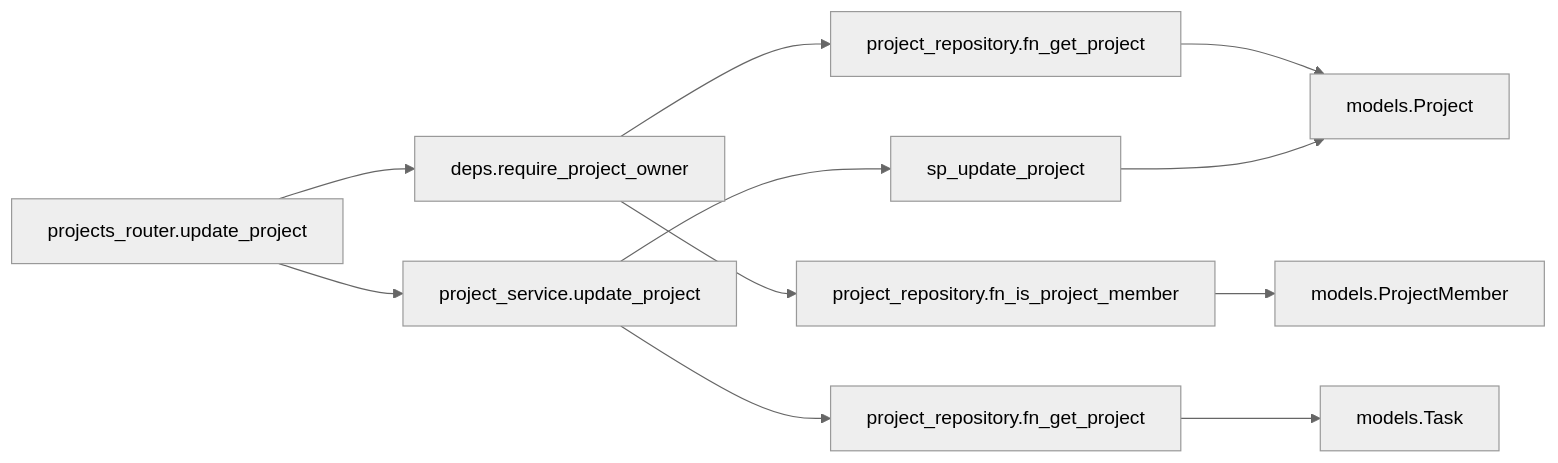
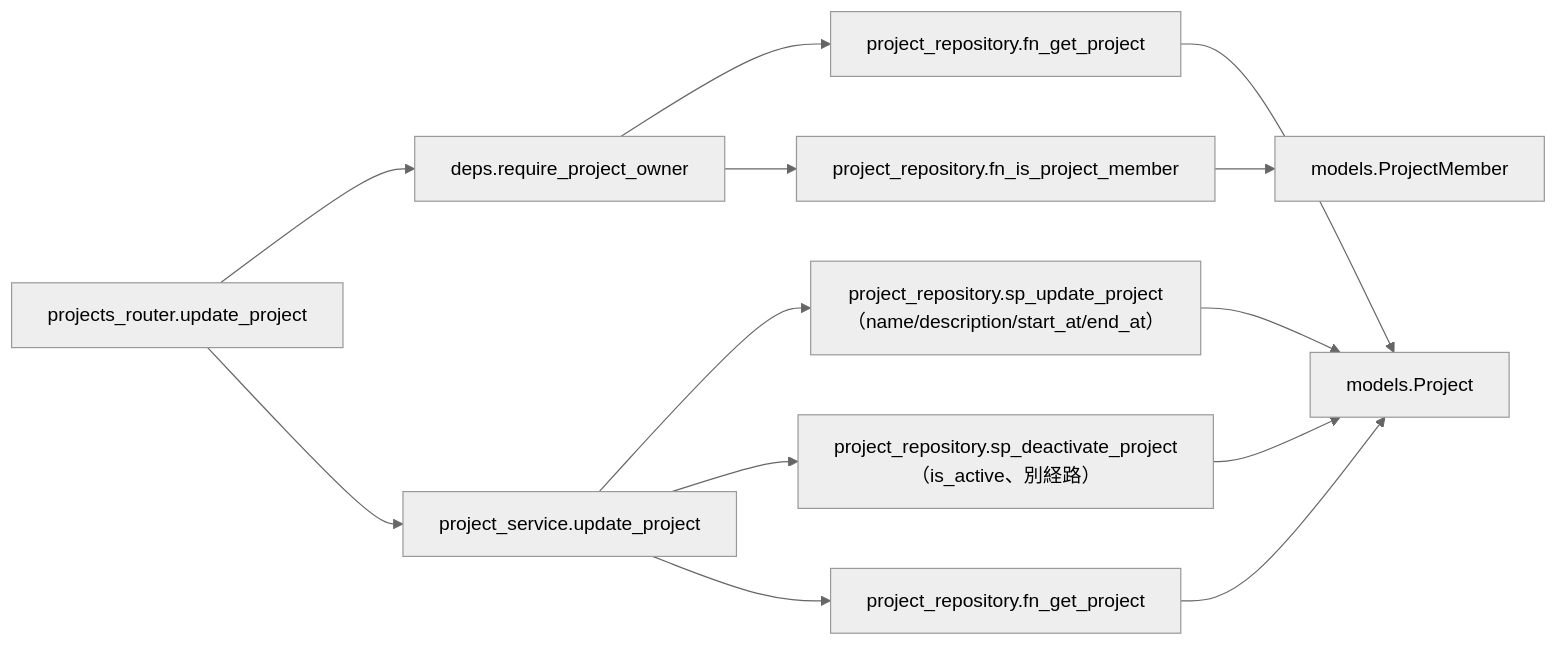
Before and after one commit to oikawa-d/task_management: the third of 4 diagrams in detailed_design/api/projects/04_patch_project.md, drawn with Mermaid (neutral theme). The commit also changed other lines of this file and 5 other files, not shown here.

````diff
--- a/detailed_design/api/projects/04_patch_project.md
+++ b/detailed_design/api/projects/04_patch_project.md
@@ -212,13 +223,15 @@
 ```mermaid
 flowchart LR
     R["projects_router.update_project"] --> D["deps.require_project_owner"]
     D --> RP1["project_repository.fn_get_project"]
     D --> RP2["project_repository.fn_is_project_member"]
     R --> S["project_service.update_project"]
-    S --> RP3["sp_update_project"]
+    S --> RP3["project_repository.sp_update_project（name/description/start_at/end_at）"]
+    S --> RP5["project_repository.sp_deactivate_project（is_active、別経路）"]
     S --> RP4["project_repository.fn_get_project"]
     RP1 --> M1["models.Project"]
     RP2 --> M2["models.ProjectMember"]
     RP3 --> M1
-    RP4 --> M3["models.Task"]
+    RP5 --> M1
+    RP4 --> M1
 ```
````
